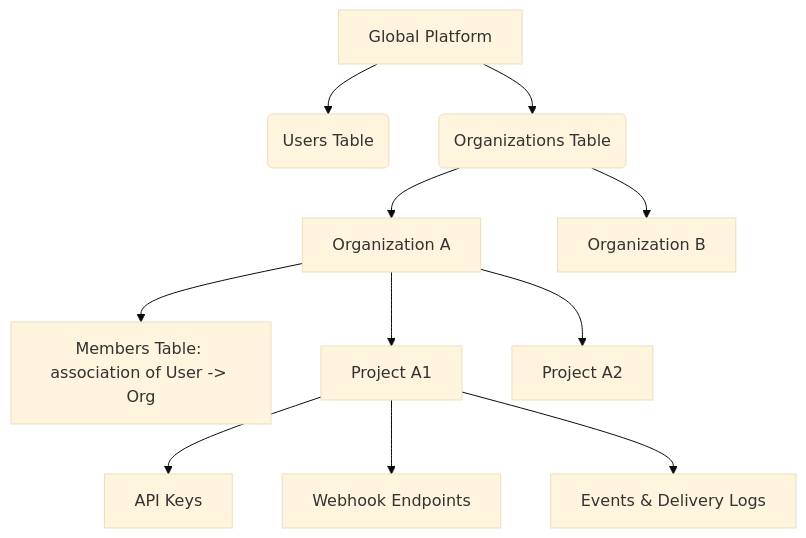
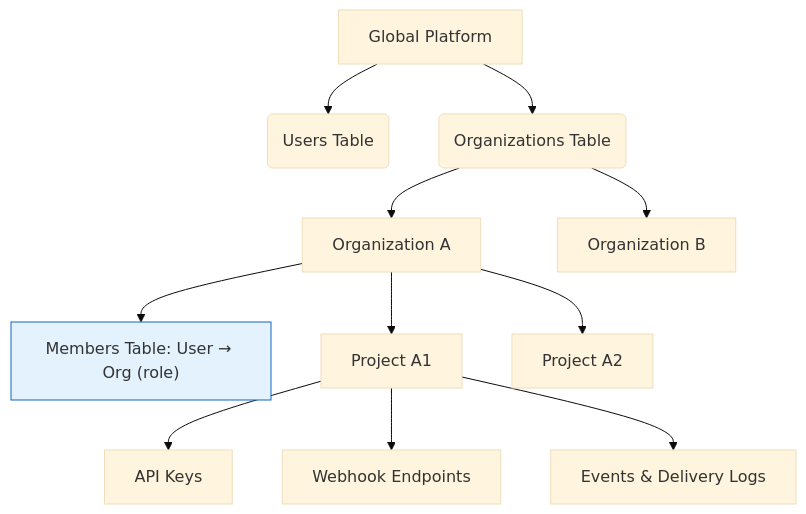
Before and after one commit to MasirJafri1/Webhook-Hub: the first of 3 diagrams in docs/architecture/tenancy-model.md, drawn with Mermaid (base theme). The commit also changed other lines of this file and 9 other files, not shown here.

Commit message:
docs: overhaul README and docs with Mermaid diagrams, Google OAuth flow, and security hardening

````diff
--- a/docs/architecture/tenancy-model.md
+++ b/docs/architecture/tenancy-model.md
@@ -9,16 +9,18 @@
 ```mermaid
 graph TD
-    A[Global Platform] --> B(Users Table)
-    A --> C(Organizations Table)
+    A["Global Platform"] --> B("Users Table")
+    A --> C("Organizations Table")
     
-    C --> D[Organization A]
-    C --> E[Organization B]
+    C --> D["Organization A"]
+    C --> E["Organization B"]
     
-    D --> F[Members Table: association of User -> Org]
-    D --> G[Project A1]
-    D --> H[Project A2]
+    D --> F["Members Table: User → Org (role)"]
+    D --> G["Project A1"]
+    D --> H["Project A2"]
     
-    G --> I[API Keys]
-    G --> J[Webhook Endpoints]
-    G --> K[Events & Delivery Logs]
+    G --> I["API Keys"]
+    G --> J["Webhook Endpoints"]
+    G --> K["Events & Delivery Logs"]
+    
+    style F fill:#e3f2fd,stroke:#1565c0
 ```
````
